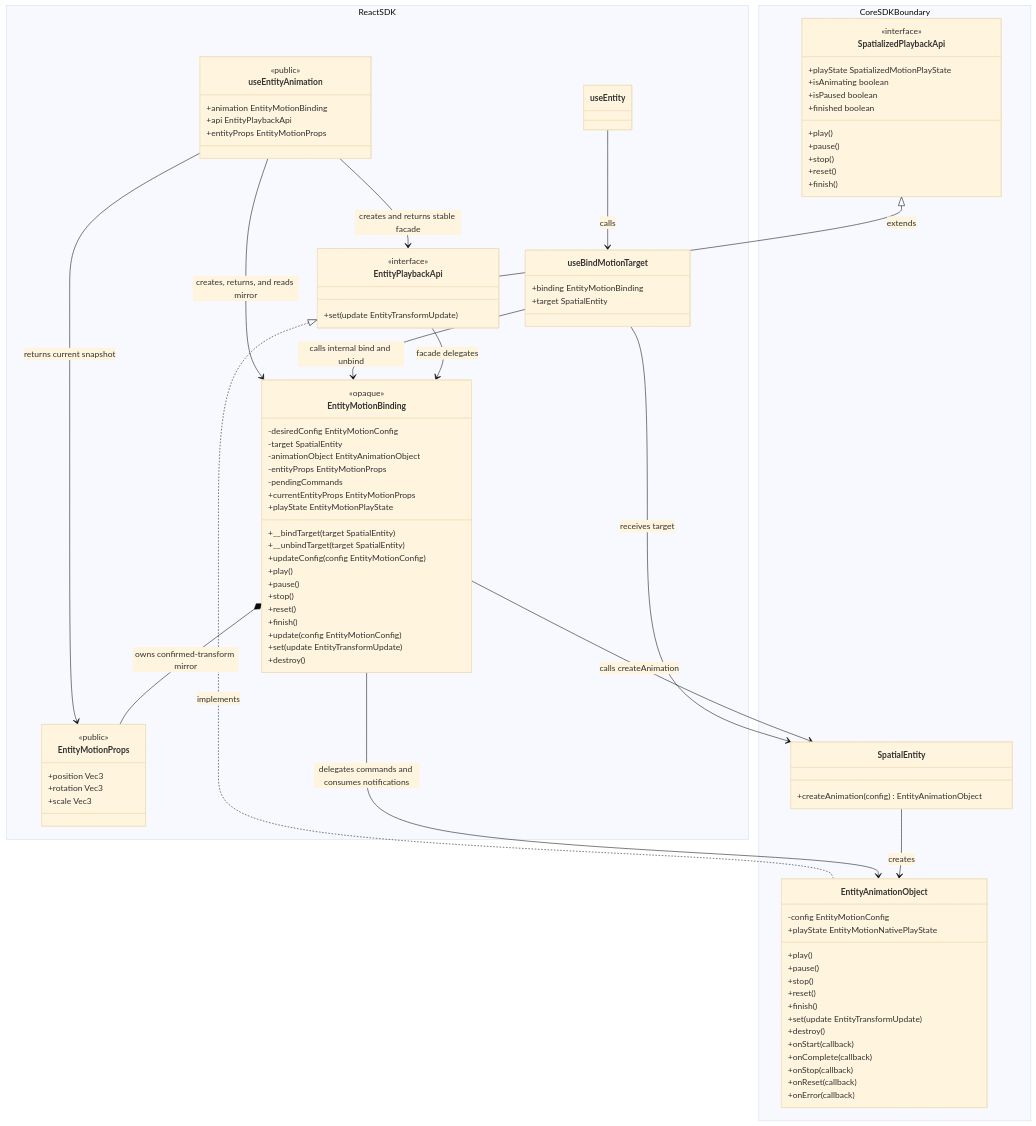
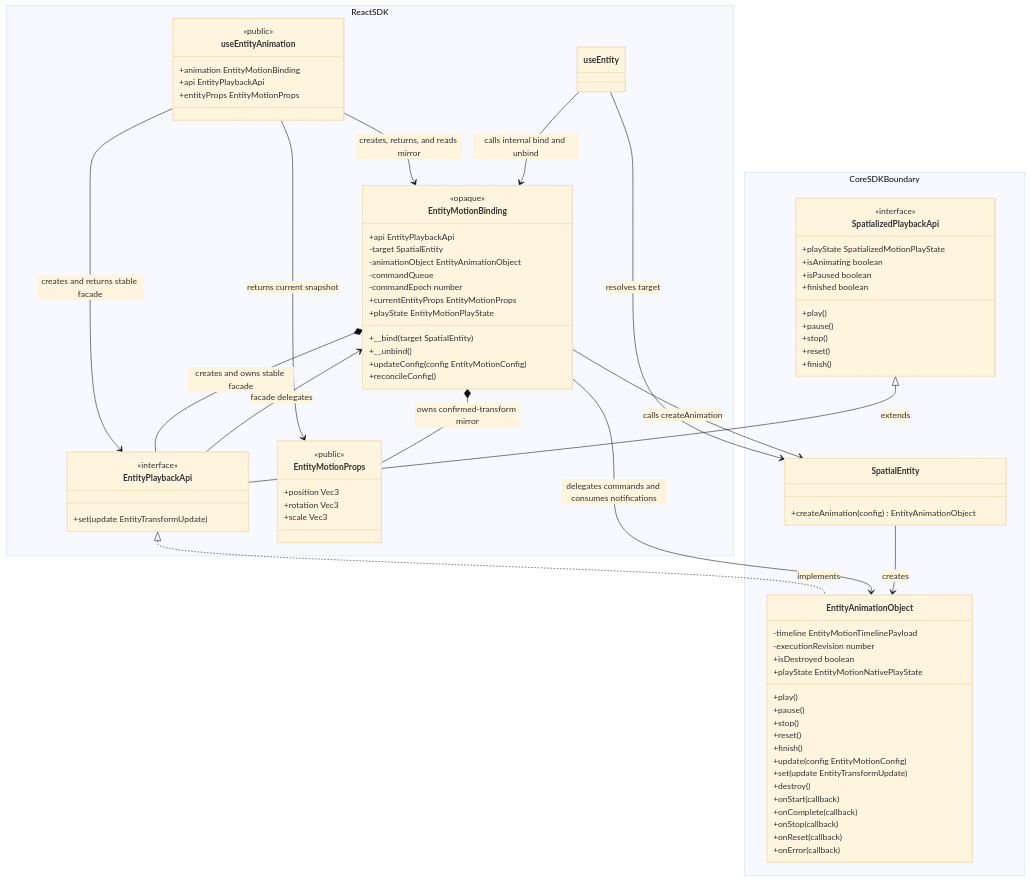
One commit to webspatial/webspatial-sdk changed the fifth of 14 diagrams in openspec/changes/redesign-entity-motion-api/design.md. Above: the diagram before and after it, drawn with Mermaid (base theme). The commit also changed other lines of this file and 1 other file, not shown here.

Commit message:
docs(entity-motion): align design with final implementation

```diff
--- a/openspec/changes/redesign-entity-motion-api/design.md
+++ b/openspec/changes/redesign-entity-motion-api/design.md
@@ -492,24 +497,17 @@
         }
         class EntityMotionBinding {
             <<opaque>>
-            -desiredConfig EntityMotionConfig
+            +api EntityPlaybackApi
             -target SpatialEntity
             -animationObject EntityAnimationObject
-            -entityProps EntityMotionProps
-            -pendingCommands
+            -commandQueue
+            -commandEpoch number
             +currentEntityProps EntityMotionProps
             +playState EntityMotionPlayState
-            +__bindTarget(target SpatialEntity)
-            +__unbindTarget(target SpatialEntity)
+            +__bind(target SpatialEntity)
+            +__unbind()
             +updateConfig(config EntityMotionConfig)
-            +play()
-            +pause()
-            +stop()
-            +reset()
-            +finish()
-            +update(config EntityMotionConfig)
-            +set(update EntityTransformUpdate)
-            +destroy()
+            +reconcileConfig()
         }
         class EntityMotionProps {
             <<public>>
@@ -518,10 +516,6 @@
             +scale Vec3
         }
         class useEntity
-        class useBindMotionTarget {
-            +binding EntityMotionBinding
-            +target SpatialEntity
-        }
     }
     namespace CoreSDKBoundary {
         class SpatializedPlaybackApi {
@@ -540,13 +534,16 @@
             +createAnimation(config) EntityAnimationObject
         }
         class EntityAnimationObject {
-            -config EntityMotionConfig
+            -timeline EntityMotionTimelinePayload
+            -executionRevision number
+            +isDestroyed boolean
             +playState EntityMotionNativePlayState
             +play()
             +pause()
             +stop()
             +reset()
             +finish()
+            +update(config EntityMotionConfig)
             +set(update EntityTransformUpdate)
             +destroy()
             +onStart(callback)
@@ -559,10 +556,10 @@
     useEntityAnimation --> EntityMotionBinding : creates, returns, and reads mirror
     useEntityAnimation --> EntityPlaybackApi : creates and returns stable facade
     useEntityAnimation --> EntityMotionProps : returns current snapshot
+    EntityMotionBinding *-- EntityPlaybackApi : creates and owns stable facade
     EntityMotionBinding *-- EntityMotionProps : owns confirmed-transform mirror
-    useEntity --> useBindMotionTarget : calls
-    useBindMotionTarget --> EntityMotionBinding : calls internal bind and unbind
-    useBindMotionTarget --> SpatialEntity : receives target
+    useEntity --> EntityMotionBinding : calls internal bind and unbind
+    useEntity --> SpatialEntity : resolves target
     SpatializedPlaybackApi <|-- EntityPlaybackApi : extends
     EntityPlaybackApi <|.. EntityAnimationObject : implements
     EntityPlaybackApi --> EntityMotionBinding : facade delegates
```
